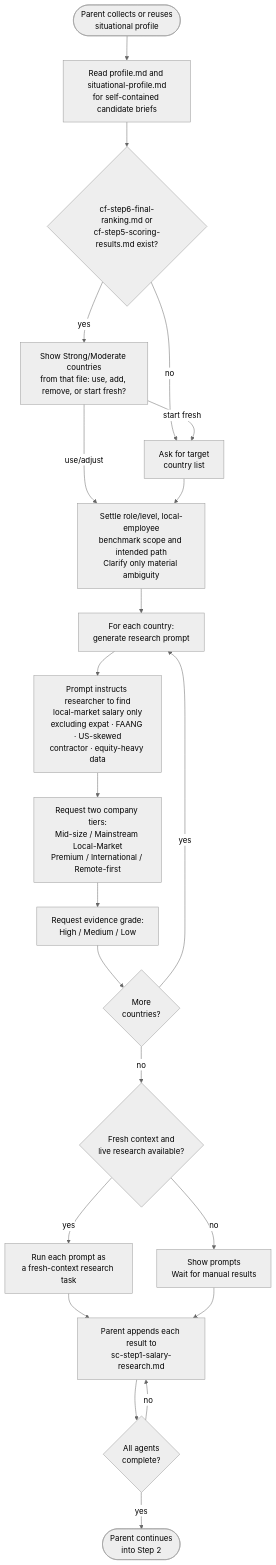
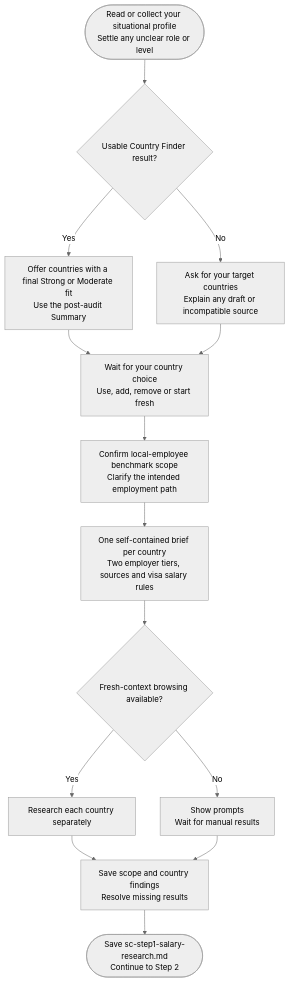
Before and after one commit to myowinthein/agent-compass: the diagram in docs/commands/salary-calculator/step1-research-prompt-generator.md, drawn with Mermaid (neutral theme). The commit also changed other lines of this file and 17 other files, not shown here.

Commit message:
docs(commands): simplify command guides and flow diagrams

````diff
--- a/docs/commands/salary-calculator/step1-research-prompt-generator.md
+++ b/docs/commands/salary-calculator/step1-research-prompt-generator.md
@@ -14,24 +14,16 @@
 ```mermaid
 flowchart TD
-  Start([Parent collects or reuses\nsituational profile]) --> ReadProfile[Read profile.md and situational-profile.md\nfor self-contained candidate briefs]
-  ReadProfile --> CFCheck{cf-step6-final-ranking.md or\ncf-step5-scoring-results.md exist?}
-  CFCheck -->|yes| Offer[Show Strong/Moderate countries\nfrom that file: use, add, remove, or start fresh?]
-  CFCheck -->|no| AskList[Ask for target\ncountry list]
-  Offer -->|start fresh| AskList
-  Offer -->|use/adjust| Scope
-  AskList --> Scope[Settle role/level, local-employee\nbenchmark scope and intended path\nClarify only material ambiguity]
-  Scope --> ForEach[For each country:\ngenerate research prompt]
-  ForEach --> Prompt[Prompt instructs researcher to find\nlocal-market salary only\nexcluding expat · FAANG · US-skewed\ncontractor · equity-heavy data]
-  Prompt --> Tiers[Request two company tiers:\nMid-size / Mainstream Local-Market\nPremium / International / Remote-first]
-  Tiers --> Grade[Request evidence grade:\nHigh / Medium / Low]
-  Grade --> More{More\ncountries?}
-  More -->|yes| ForEach
-  More -->|no| Capability{Fresh context and\nlive research available?}
-  Capability -->|yes| Agents[Run each prompt as\na fresh-context research task]
-  Capability -->|no| Manual[Show prompts\nWait for manual results]
-  Agents --> Append[Parent appends each result to\nsc-step1-salary-research.md]
-  Manual --> Append
-  Append --> AllDone{All agents\ncomplete?}
-  AllDone -->|no| Append
-  AllDone -->|yes| Done([Parent continues\ninto Step 2])
+  Start(["Read or collect your situational profile<br/>Settle any unclear role or level"]) --> CF{"Usable Country Finder result?"}
+  CF -->|Yes| Offer["Offer countries with a final Strong or Moderate fit<br/>Use the post-audit Summary"]
+  CF -->|No| ManualList["Ask for your target countries<br/>Explain any draft or incompatible source"]
+  Offer --> Confirm["Wait for your country choice<br/>Use, add, remove or start fresh"]
+  ManualList --> Confirm
+  Confirm --> Scope["Confirm local-employee benchmark scope<br/>Clarify the intended employment path"]
+  Scope --> Brief["One self-contained brief per country<br/>Two employer tiers, sources and visa salary rules"]
+  Brief --> Cap{"Fresh-context browsing available?"}
+  Cap -->|Yes| Tasks["Research each country separately"]
+  Cap -->|No| Manual["Show prompts<br/>Wait for manual results"]
+  Tasks --> Collect["Save scope and country findings<br/>Resolve missing results"]
+  Manual --> Collect
+  Collect --> Next(["Save sc-step1-salary-research.md<br/>Continue to Step 2"])
 ```
````
